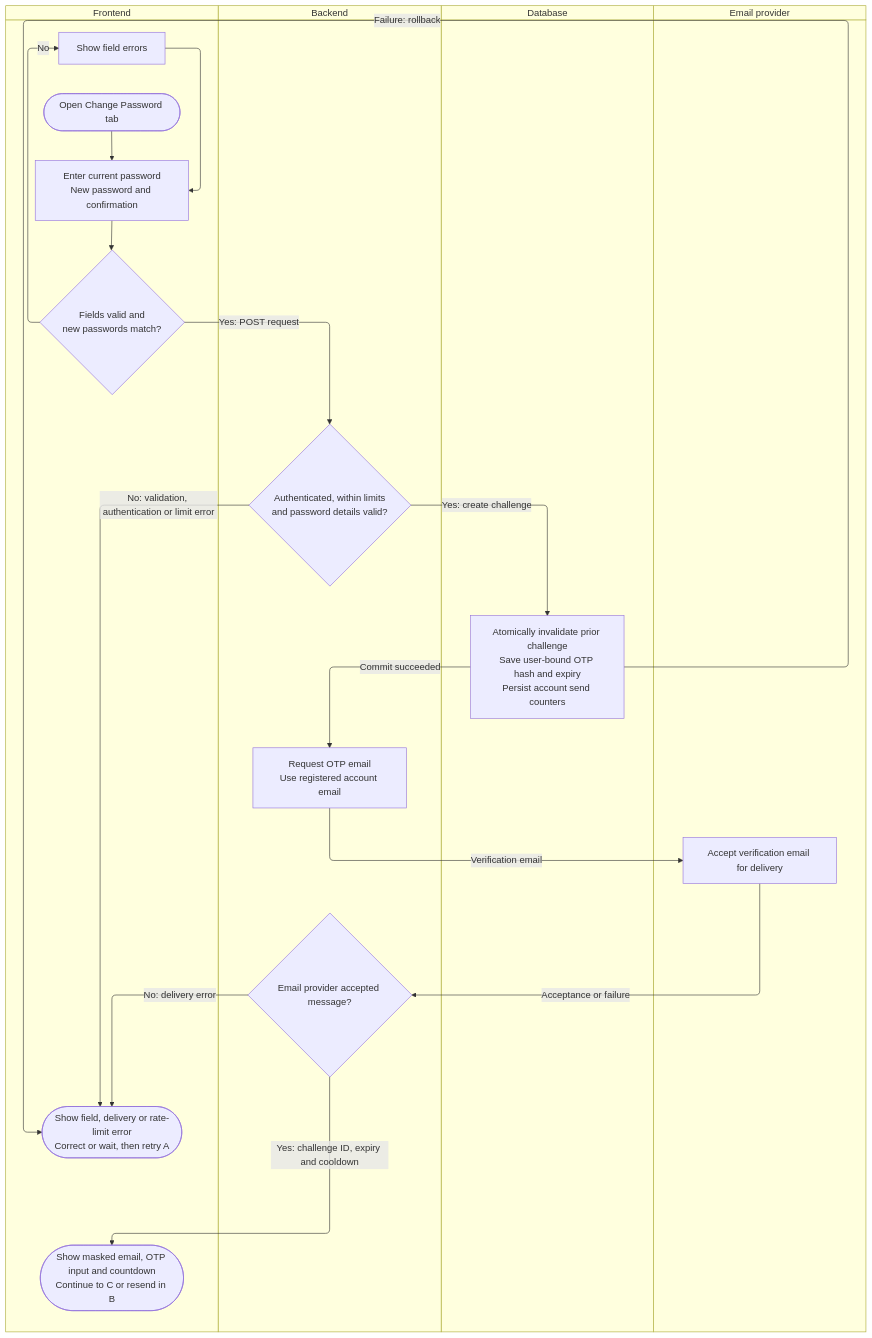
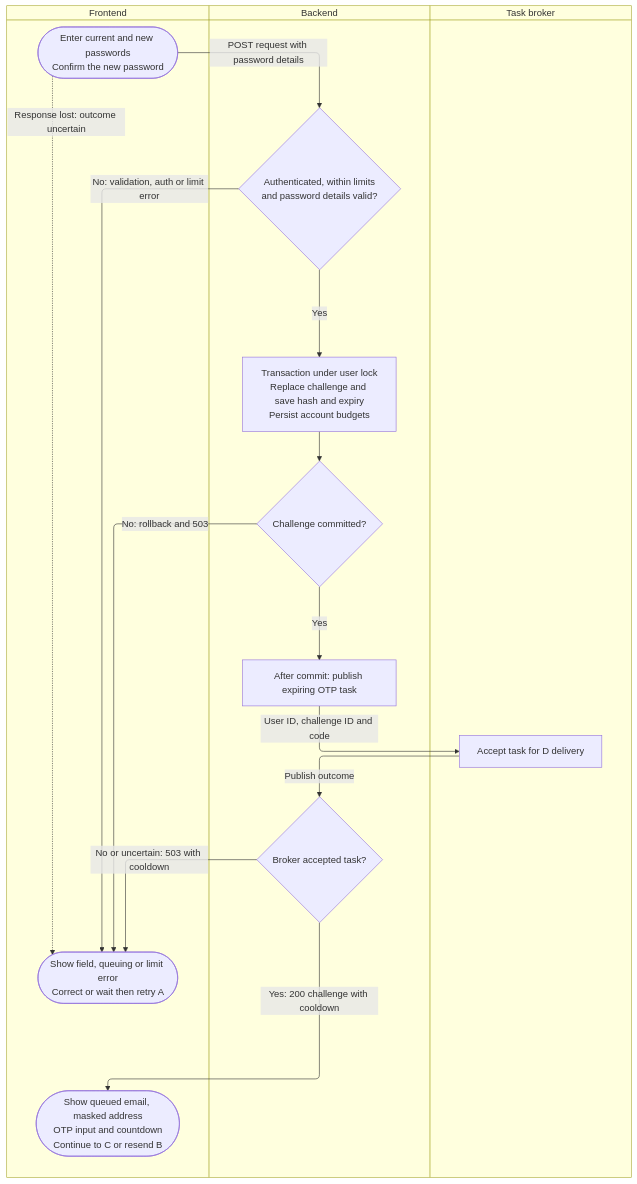
Before and after one commit to RHILIUS/E-Commerce-Docs: the first of 5 diagrams in diagrams/specific-business-processes/account/change-password.md, drawn with Mermaid. The commit also changed other lines of this file and 1 other file, not shown here.

Commit message:
ERD: update change password documentation to include Celery OTP delivery and clarify email notification handling

````diff
--- a/diagrams/specific-business-processes/account/change-password.md
+++ b/diagrams/specific-business-processes/account/change-password.md
@@ -19,33 +19,28 @@
 ```mermaid
 swimlane-beta TB
     subgraph A_UI["Frontend"]
-        A_start(["Open Change Password tab"])
-        A_form["Enter current password<br/>New password and confirmation"]
-        A_valid{"Fields valid and<br/>new passwords match?"}
-        A_fix["Show field errors"]
-        A_error(["Show field, delivery or rate-limit error<br/>Correct or wait, then retry A"])
-        A_ready(["Show masked email, OTP input and countdown<br/>Continue to C or resend in B"])
-        A_start --> A_form --> A_valid
-        A_valid -->|No| A_fix --> A_form
+        A_start(["Enter current and new passwords<br/>Confirm the new password"])
+        A_error(["Show field, queuing or limit error<br/>Correct or wait then retry A"])
+        A_ready(["Show queued email, masked address<br/>OTP input and countdown<br/>Continue to C or resend B"])
     end
     subgraph A_API["Backend"]
         A_guard{"Authenticated, within limits<br/>and password details valid?"}
-        A_send["Request OTP email<br/>Use registered account email"]
-        A_result{"Email provider accepted message?"}
+        A_save["Transaction under user lock<br/>Replace challenge and save hash and expiry<br/>Persist account budgets"]
+        A_commit{"Challenge committed?"}
+        A_queue["After commit: publish expiring OTP task"]
+        A_result{"Broker accepted task?"}
     end
-    subgraph A_DB["Database"]
-        A_save["Atomically invalidate prior challenge<br/>Save user-bound OTP hash and expiry<br/>Persist account send counters"]
+    subgraph A_BROKER["Task broker"]
+        A_accept["Accept task for D delivery"]
     end
-    subgraph A_MAIL["Email provider"]
-        A_mail["Accept verification email for delivery"]
-    end
-    A_valid -->|Yes: POST request| A_guard
-    A_guard -->|No: validation, authentication or limit error| A_error
-    A_guard -->|Yes: create challenge| A_save
-    A_save -->|Commit succeeded| A_send
-    A_save -->|Failure: rollback| A_error
-    A_send -->|Verification email| A_mail
-    A_mail -->|Acceptance or failure| A_result
-    A_result -->|No: delivery error| A_error
-    A_result -->|Yes: challenge ID, expiry and cooldown| A_ready
+    A_start -->|POST request with password details| A_guard
+    A_start -.->|Response lost: outcome uncertain| A_error
+    A_guard -->|No: validation, auth or limit error| A_error
+    A_guard -->|Yes| A_save --> A_commit
+    A_commit -->|No: rollback and 503| A_error
+    A_commit -->|Yes| A_queue
+    A_queue -->|User ID, challenge ID and code| A_accept
+    A_accept -->|Publish outcome| A_result
+    A_result -->|No or uncertain: 503 with cooldown| A_error
+    A_result -->|Yes: 200 challenge with cooldown| A_ready
 ```
````
